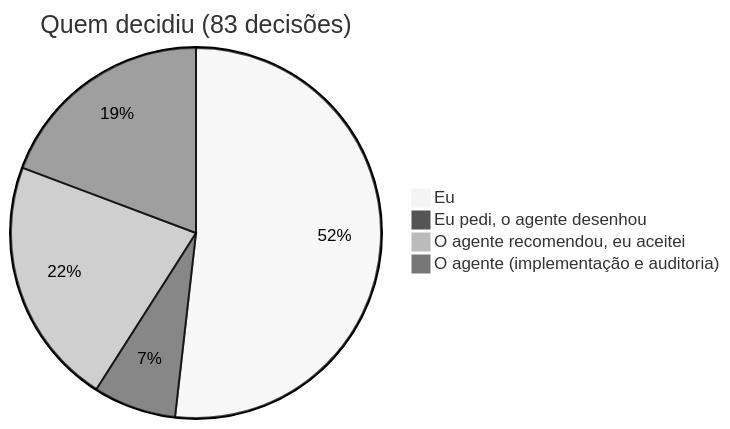
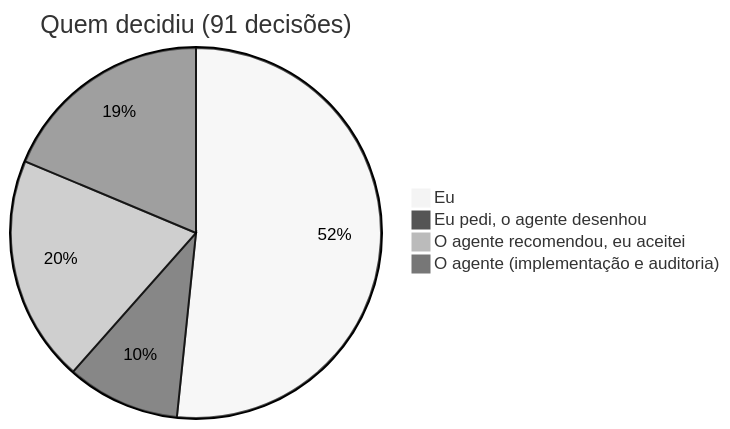
Before and after one commit to micaelcf/parcela-mais-case: the sixth of 6 diagrams in README.md, drawn with Mermaid (neutral theme). The commit also changed other lines of this file and 5 other files, not shown here.

````diff
--- a/README.md
+++ b/README.md
@@ -178,7 +178,7 @@
 ```mermaid
-pie title Quem decidiu (83 decisões)
-    "Eu" : 43
-    "Eu pedi, o agente desenhou" : 6
+pie title Quem decidiu (91 decisões)
+    "Eu" : 47
+    "Eu pedi, o agente desenhou" : 9
     "O agente recomendou, eu aceitei" : 18
-    "O agente (implementação e auditoria)" : 16
+    "O agente (implementação e auditoria)" : 17
 ```
````
